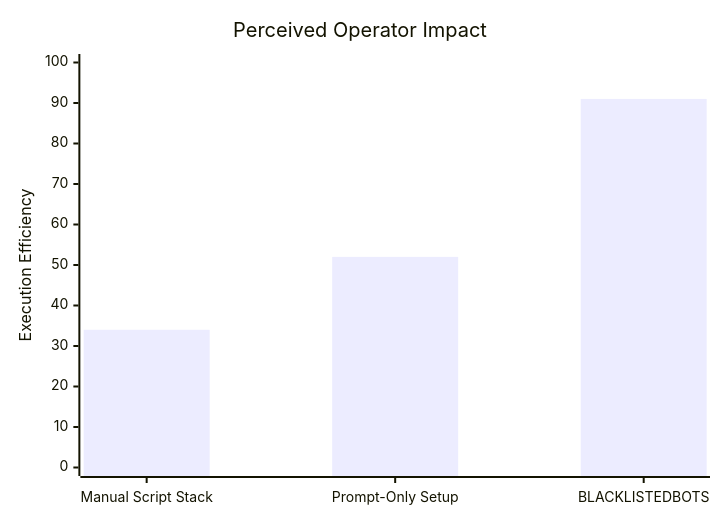
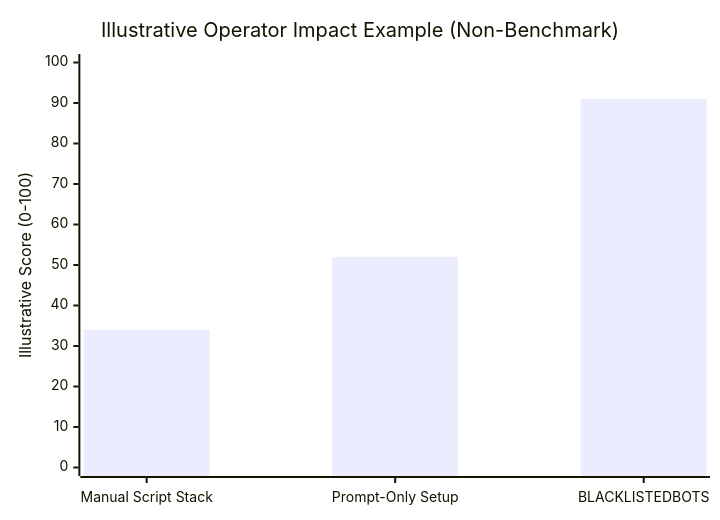
Before and after one commit to Blacklisted-Binary/BlacklistedBots: the third of 4 diagrams in README.md, drawn with Mermaid. The commit also changed other lines of this file, not shown here.

Commit message:
Clarify README chart as illustrative non-benchmark data
Agent-Logs-Url: https://github.com/Blacklisted-Binary/BlacklistedBots/sessions/31993b01-fc5b-4c87-9e9c-b78e25c5de3c

````diff
--- a/README.md
+++ b/README.md
@@ -130,7 +132,7 @@
 ```mermaid
 xychart-beta
-    title "Perceived Operator Impact"
+    title "Illustrative Operator Impact Example (Non-Benchmark)"
     x-axis ["Manual Script Stack", "Prompt-Only Setup", "BLACKLISTEDBOTS"]
-    y-axis "Execution Efficiency" 0 --> 100
+    y-axis "Illustrative Score (0-100)" 0 --> 100
     bar [34, 52, 91]
 ```
````
